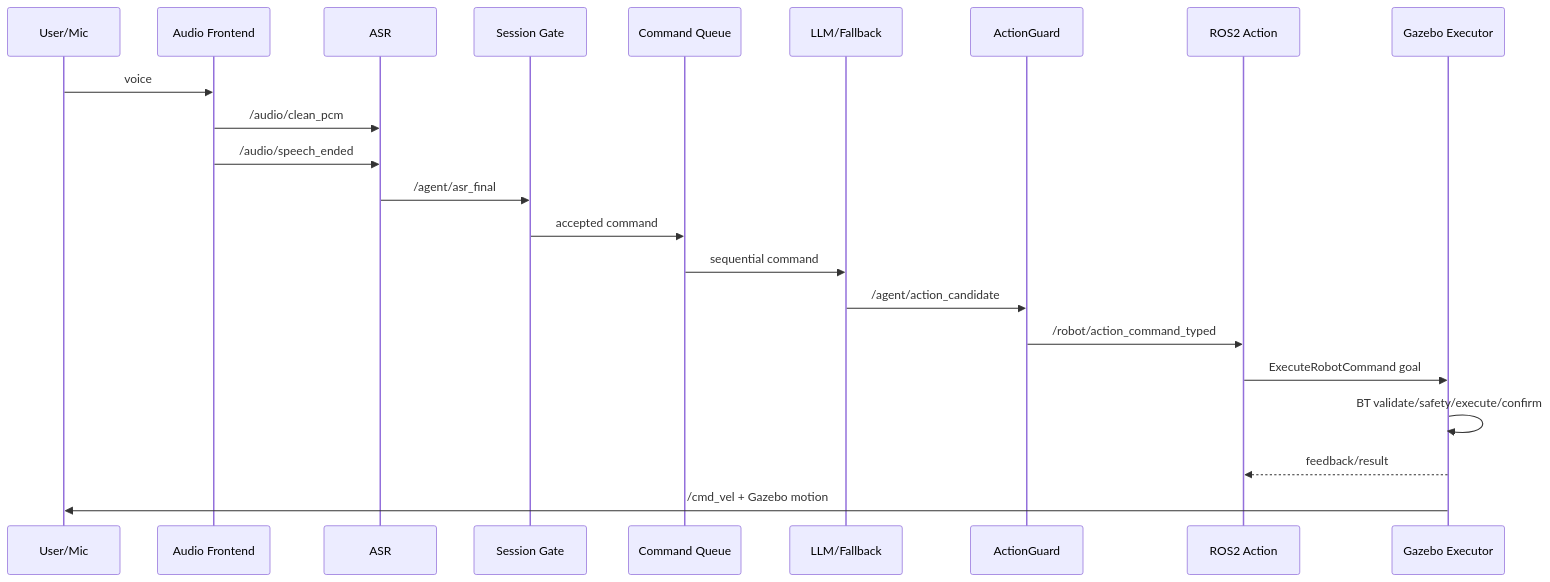
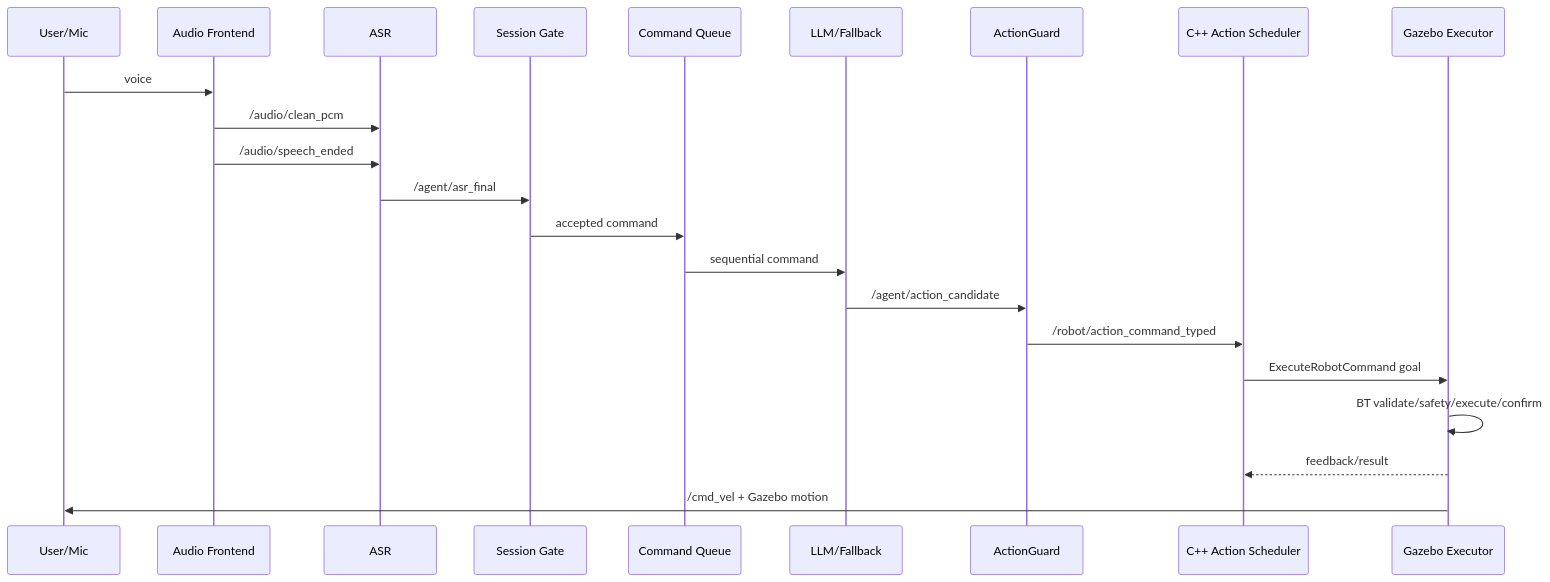
The diagram in docs/ARCHITECTURE_AND_KNOWLEDGE.md (Edddddddddy/embodied_agent_ws), drawn with Mermaid before and after one commit. The commit also changed other lines of this file and 32 other files, not shown here.

````diff
--- a/docs/ARCHITECTURE_AND_KNOWLEDGE.md
+++ b/docs/ARCHITECTURE_AND_KNOWLEDGE.md
@@ -19,25 +19,25 @@
 ```mermaid
 sequenceDiagram
   participant U as User/Mic
   participant A as Audio Frontend
   participant S as ASR
   participant G as Session Gate
   participant Q as Command Queue
   participant L as LLM/Fallback
   participant AG as ActionGuard
-  participant AC as ROS2 Action
+  participant AC as C++ Action Scheduler
   participant SIM as Gazebo Executor
 
   U->>A: voice
   A->>S: /audio/clean_pcm
   A->>S: /audio/speech_ended
   S->>G: /agent/asr_final
   G->>Q: accepted command
   Q->>L: sequential command
   L->>AG: /agent/action_candidate
   AG->>AC: /robot/action_command_typed
   AC->>SIM: ExecuteRobotCommand goal
   SIM->>SIM: BT validate/safety/execute/confirm
   SIM-->>AC: feedback/result
   SIM->>U: /cmd_vel + Gazebo motion
 ```
````
